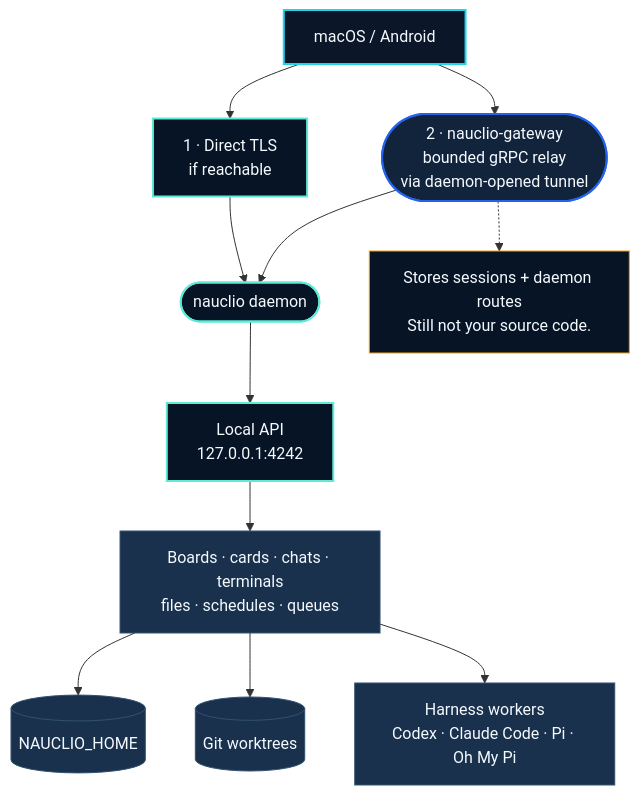
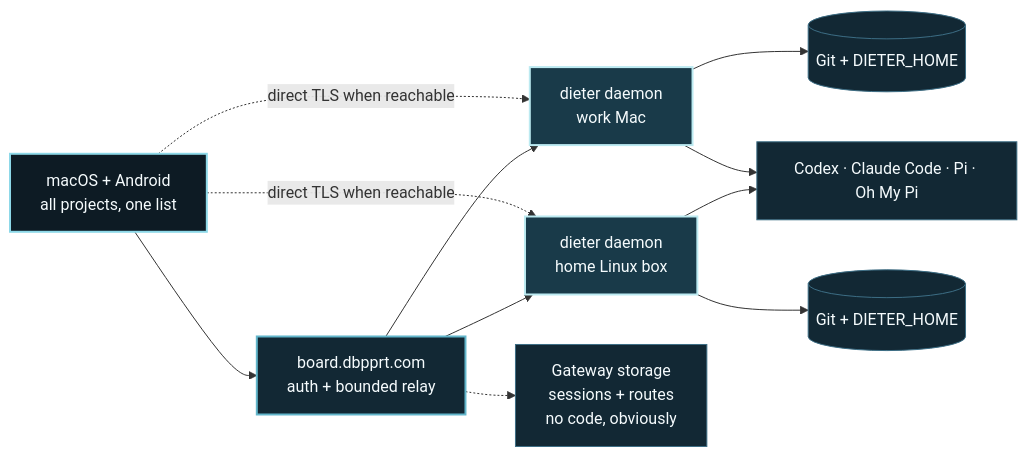
One commit to dbpprt/dieter changed the diagram in README.md. Above: the diagram before and after it, drawn with Mermaid. The commit also changed other lines of this file and 511 other files, not shown here.

First line of the commit message:
Rename Nauclio to Dieter and adopt Arctic Console

````diff
--- a/README.md
+++ b/README.md
@@ -104,35 +98,32 @@
 ```mermaid
-flowchart TB
-    clients["macOS / Android"]
-    direct["1 · Direct TLS<br/>if reachable"]
-    gateway(["2 · nauclio-gateway<br/>bounded gRPC relay<br/>via daemon-opened tunnel"])
-    gatewayData["Stores sessions + daemon routes<br/>Still not your source code."]
-    daemon(["nauclio daemon"])
-    api["Local API<br/>127.0.0.1:4242"]
-    domain["Boards · cards · chats · terminals<br/>files · schedules · queues"]
-    home[("NAUCLIO_HOME")]
-    git[("Git worktrees")]
-    agents["Harness workers<br/>Codex · Claude Code · Pi · Oh My Pi"]
+flowchart LR
+    apps["macOS + Android<br/>all projects, one list"]
+    gateway["board.dbpprt.com<br/>auth + bounded relay"]
+    a["dieter daemon<br/>work Mac"]
+    b["dieter daemon<br/>home Linux box"]
+    dataA[("Git + DIETER_HOME")]
+    dataB[("Git + DIETER_HOME")]
+    agents["Codex · Claude Code · Pi · Oh My Pi"]
+    nope["Gateway storage<br/>sessions + routes<br/>no code, obviously"]
 
-    clients --> direct
-    clients --> gateway
-    direct --> daemon
-    gateway --> daemon
-    gateway -.-> gatewayData
-    daemon --> api --> domain
-    domain --> home
-    domain --> git
-    domain --> agents
+    apps --> gateway
+    apps -. "direct TLS when reachable" .-> a
+    apps -. "direct TLS when reachable" .-> b
+    gateway --> a
+    gateway --> b
+    gateway -.-> nope
+    a --> dataA
+    b --> dataB
+    a --> agents
+    b --> agents
 
-    classDef client fill:#0B1628,stroke:#22D3EE,stroke-width:2px,color:#F5FAFF;
-    classDef routing fill:#12243C,stroke:#2563EB,stroke-width:2px,color:#F5FAFF;
-    classDef daemon fill:#071426,stroke:#5EEAD4,stroke-width:2px,color:#F5FAFF;
-    classDef data fill:#19314D,stroke:#315271,stroke-width:1px,color:#F5FAFF;
-    classDef warning fill:#071426,stroke:#F59E0B,stroke-width:1px,color:#F5FAFF;
+    classDef app fill:#0D1B24,stroke:#8DD8E8,stroke-width:2px,color:#F5FBFD;
+    classDef route fill:#122834,stroke:#62B6CB,stroke-width:2px,color:#F5FBFD;
+    classDef daemon fill:#193A49,stroke:#BCEAF1,stroke-width:2px,color:#F5FBFD;
+    classDef data fill:#122834,stroke:#3D6E85,color:#F5FBFD;
 
-    class clients client;
-    class gateway routing;
-    class direct,daemon,api daemon;
-    class domain,home,git,agents data;
-    class gatewayData warning;
+    class apps app;
+    class gateway route;
+    class a,b daemon;
+    class dataA,dataB,agents,nope data;
 ```
````
